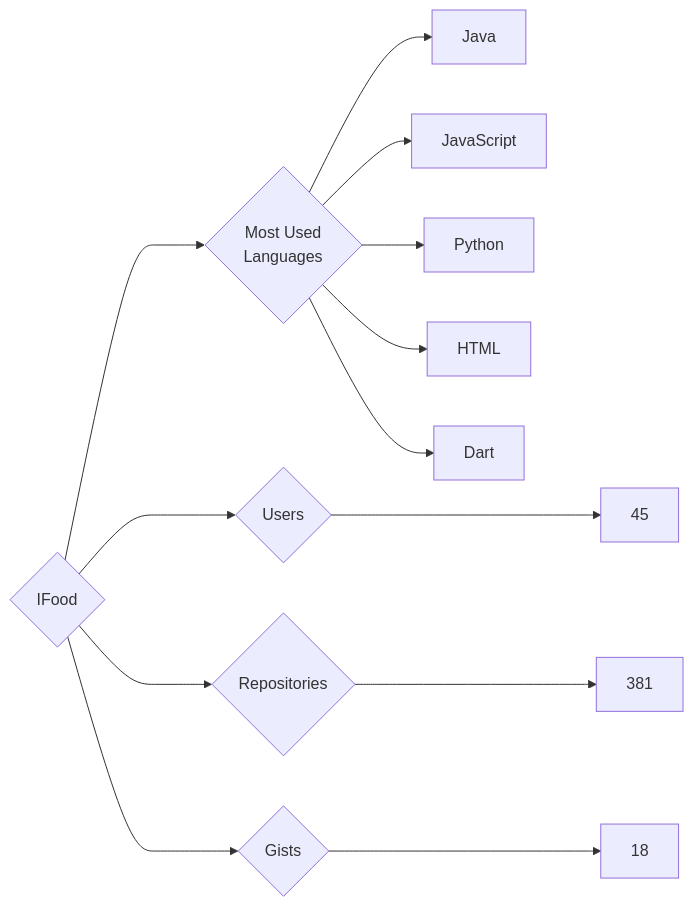
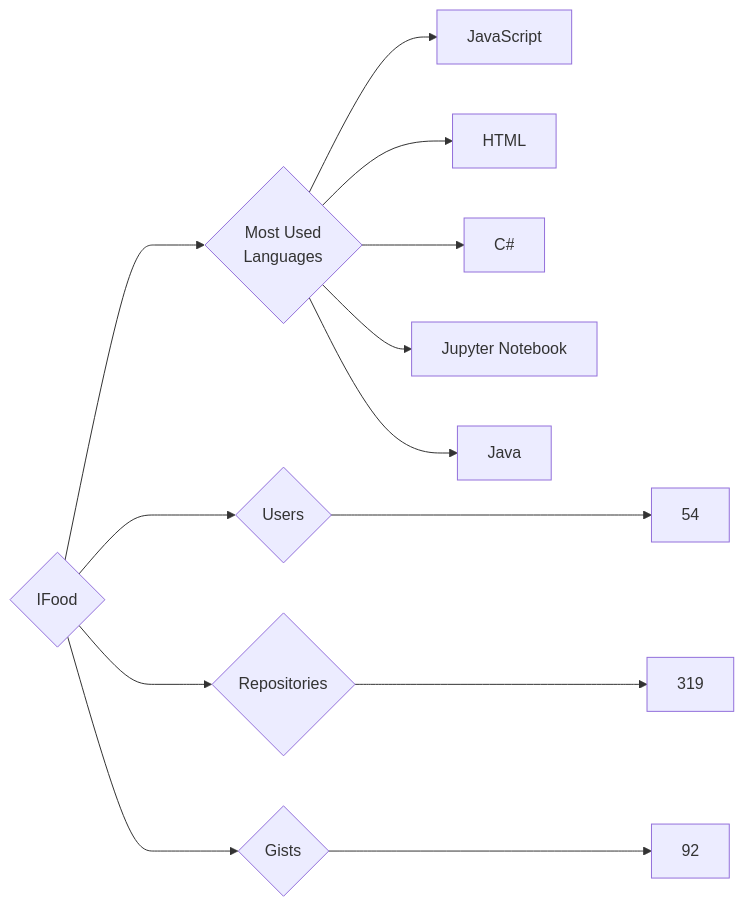
One commit to trickest/insiders changed the diagram in targets/IFood/README.md. Above: the diagram before and after it, drawn with Mermaid. The commit also changed 847 other files, not shown here.

````diff
--- a/targets/IFood/README.md
+++ b/targets/IFood/README.md
@@ -3,13 +3,13 @@
 ```mermaid
 graph LR
 COMPANY_NAME{IFood}
-COMPANY_NAME ---> U{Users} ---> UN[45]
-COMPANY_NAME ---> R{Repositories} ---> RN[381]
-COMPANY_NAME ---> G{Gists} ---> GN[18]
+COMPANY_NAME ---> U{Users} ---> UN[54]
+COMPANY_NAME ---> R{Repositories} ---> RN[319]
+COMPANY_NAME ---> G{Gists} ---> GN[92]
 COMPANY_NAME ---> ML{Most Used<br>Languages}
+ML --> JavaScript[JavaScript]
+ML --> HTML[HTML]
+ML --> C#[C#]
+ML --> Jupyter_Notebook[Jupyter Notebook]
 ML --> Java[Java]
-ML --> JavaScript[JavaScript]
-ML --> Python[Python]
-ML --> HTML[HTML]
-ML --> Dart[Dart]
 ```
````
